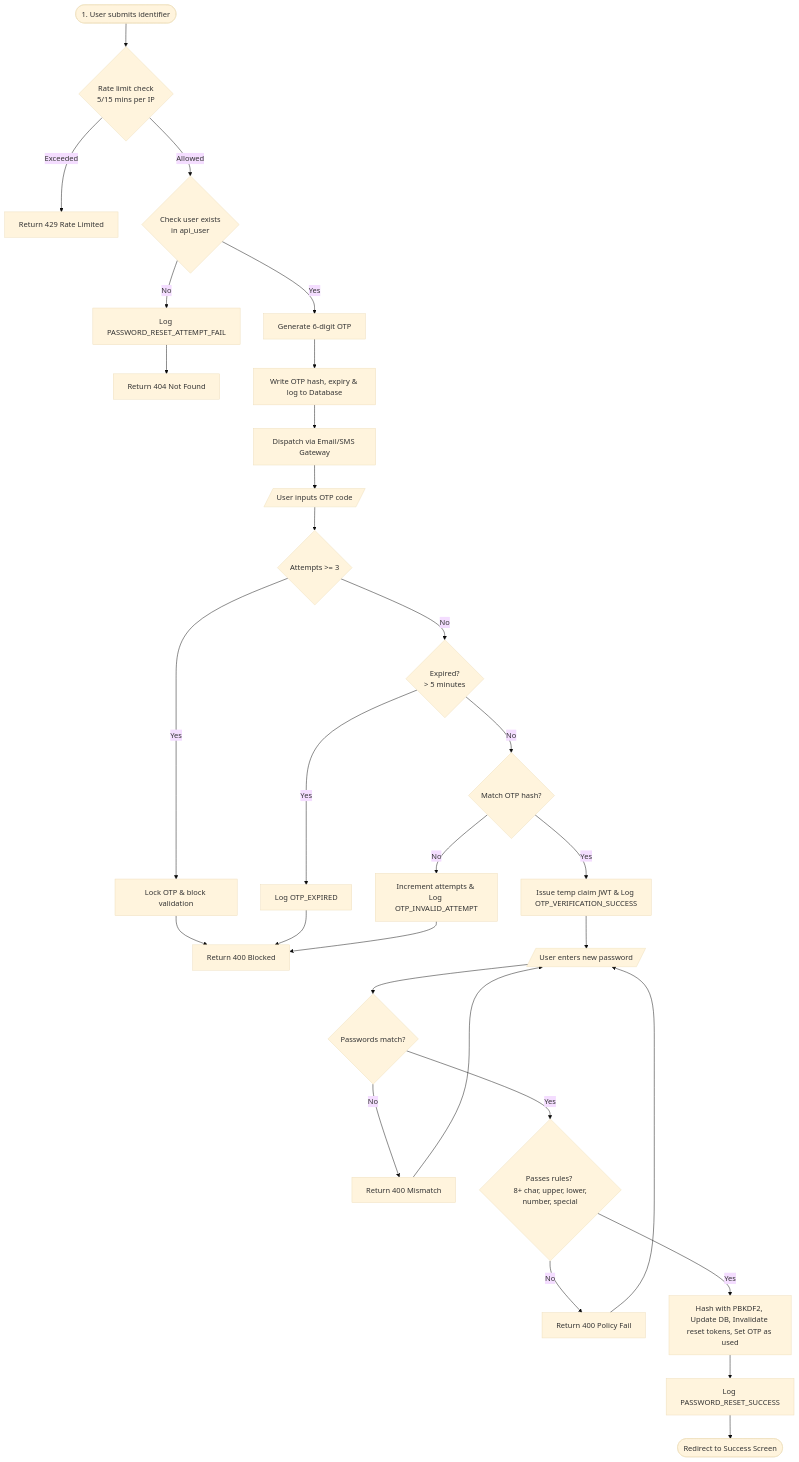
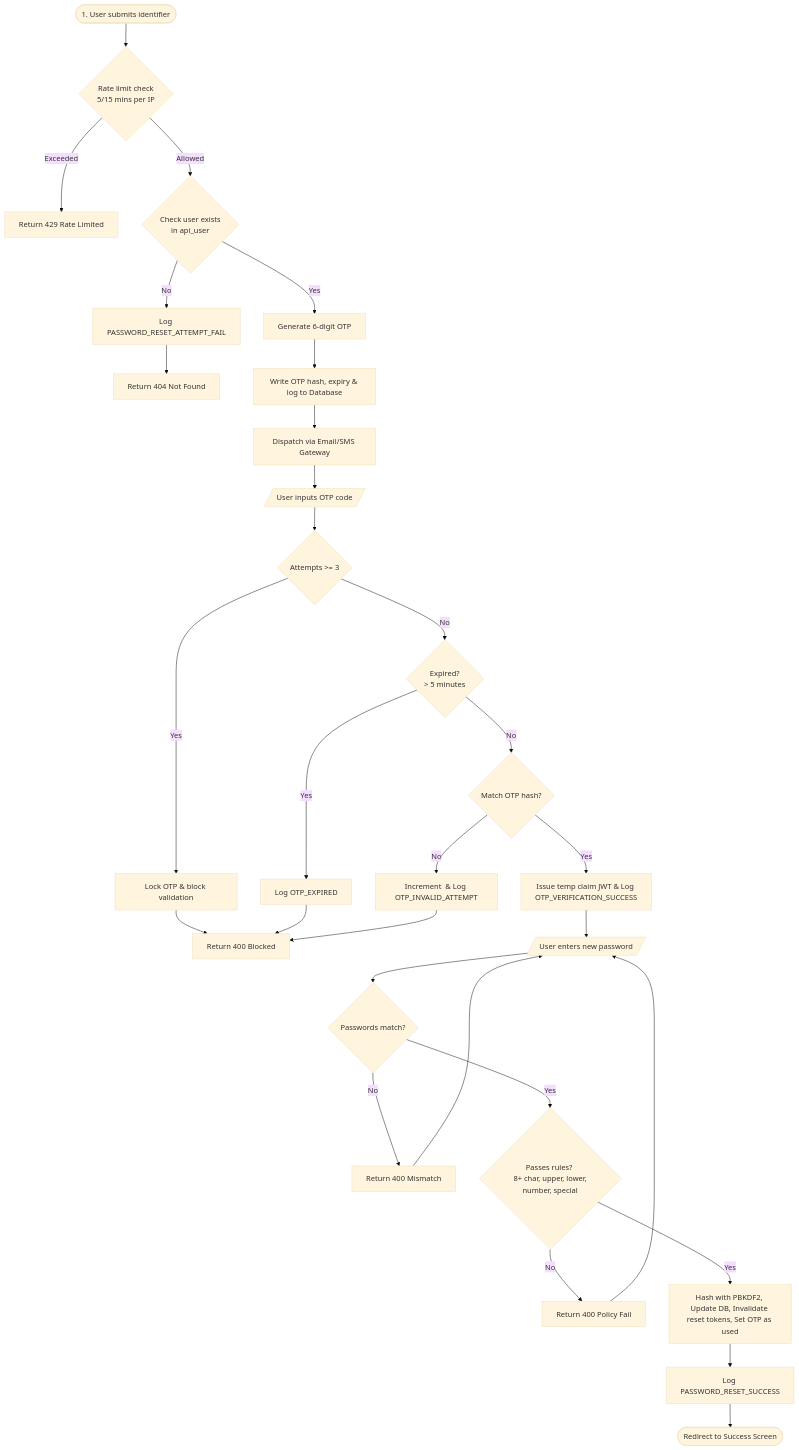
The fourth of 4 diagrams in telehealth-bangladesh/forgot_password_architecture.md (niloy943/telehealth-bangladesh), drawn with Mermaid (base theme) before and after one commit. The commit also changed other lines of this file and 50 other files, not shown here.

````diff
--- a/telehealth-bangladesh/forgot_password_architecture.md
+++ b/telehealth-bangladesh/forgot_password_architecture.md
@@ -175,34 +175,34 @@
 ```mermaid
 flowchart TD
     Start([1. User submits identifier]) --> RateLimit{Rate limit check <br> 5/15 mins per IP}
     RateLimit -->|Exceeded| BlockRequest[Return 429 Rate Limited]
     RateLimit -->|Allowed| UserCheck{Check user exists <br> in api_user}
     
     UserCheck -->|No| AuditFail[Log PASSWORD_RESET_ATTEMPT_FAIL] --> ReturnSuccess[Return 404 Not Found]
     UserCheck -->|Yes| GenOTP[Generate 6-digit OTP]
     
     GenOTP --> SaveDB[Write OTP hash, expiry & log to Database]
     SaveDB --> Dispatch[Dispatch via Email/SMS Gateway]
     Dispatch --> OTPWait[/User inputs OTP code/]
     
     OTPWait --> CheckAttempts{Attempts >= 3}
     CheckAttempts -->|Yes| LockOTP[Lock OTP & block validation] --> ReturnOTPError[Return 400 Blocked]
     CheckAttempts -->|No| CheckExpiry{Expired? <br> > 5 minutes}
     
     CheckExpiry -->|Yes| MarkExpired[Log OTP_EXPIRED] --> ReturnOTPError
     CheckExpiry -->|No| CompareHash{Match OTP hash?}
     
-    CompareHash -->|No| IncAttempts[Increment attempts & Log OTP_INVALID_ATTEMPT] --> ReturnOTPError
+    CompareHash -->|No| IncAttempts[Increment  & Log OTP_INVALID_ATTEMPT] --> ReturnOTPError
     CompareHash -->|Yes| IssueClaim[Issue temp claim JWT & Log OTP_VERIFICATION_SUCCESS]
     
     IssueClaim --> InputPass[/User enters new password/]
     InputPass --> PassMatch{Passwords match?}
     
     PassMatch -->|No| PassErr[Return 400 Mismatch] --> InputPass
     PassMatch -->|Yes| PassRules{Passes rules? <br> 8+ char, upper, lower, number, special}
     
     PassRules -->|No| PassRuleErr[Return 400 Policy Fail] --> InputPass
     PassRules -->|Yes| UpdateDb[Hash with PBKDF2, Update DB, Invalidate reset tokens, Set OTP as used]
     
     UpdateDb --> LogAudit[Log PASSWORD_RESET_SUCCESS] --> Finish([Redirect to Success Screen])
 ```
````
